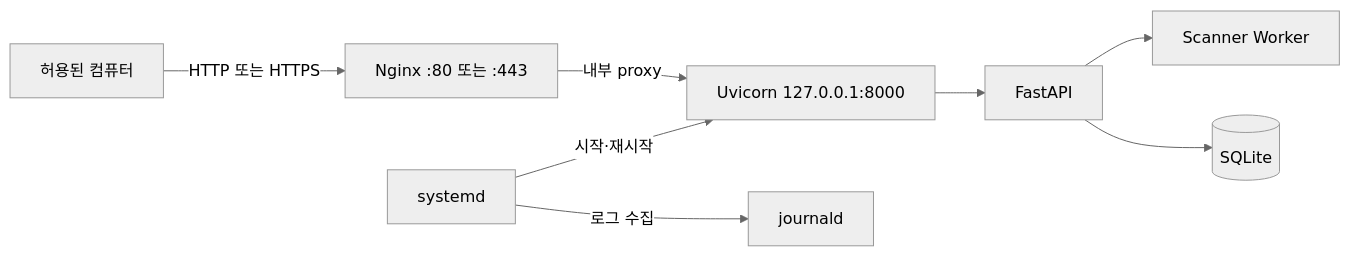
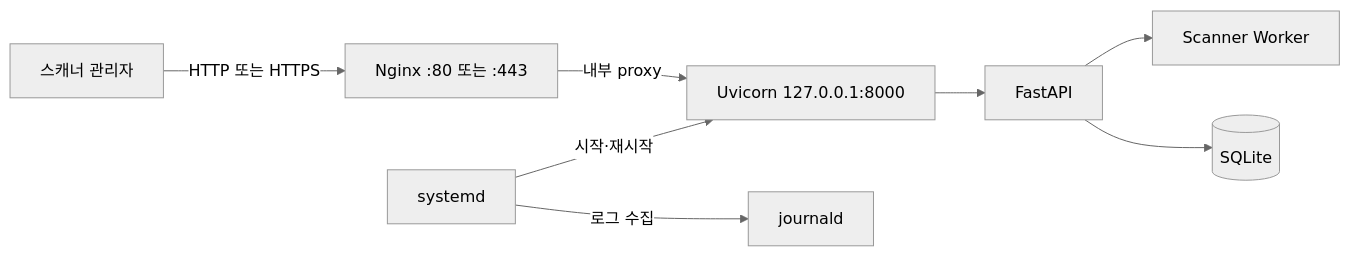
Before and after one commit to Flamcanorm/nuclei-analysis: the first of 2 diagrams in 06 아이디어/04 Raspberry Pi 실행 및 배포.md, drawn with Mermaid (neutral theme). The commit also changed other lines of this file and 9 other files, not shown here.

````diff
--- a/06 아이디어/04 Raspberry Pi 실행 및 배포.md
+++ b/06 아이디어/04 Raspberry Pi 실행 및 배포.md
@@ -9,10 +9,10 @@
 ```mermaid
 flowchart LR
-    C[허용된 컴퓨터] -->|HTTP 또는 HTTPS| N[Nginx :80 또는 :443]
+    C[스캐너 관리자] -->|HTTP 또는 HTTPS| N[Nginx :80 또는 :443]
     N -->|내부 proxy| U[Uvicorn 127.0.0.1:8000]
     U --> F[FastAPI]
     F --> W[Scanner Worker]
     F --> DB[(SQLite)]
     SD[systemd] -->|시작·재시작| U
     SD -->|로그 수집| J[journald]
 ```
````
